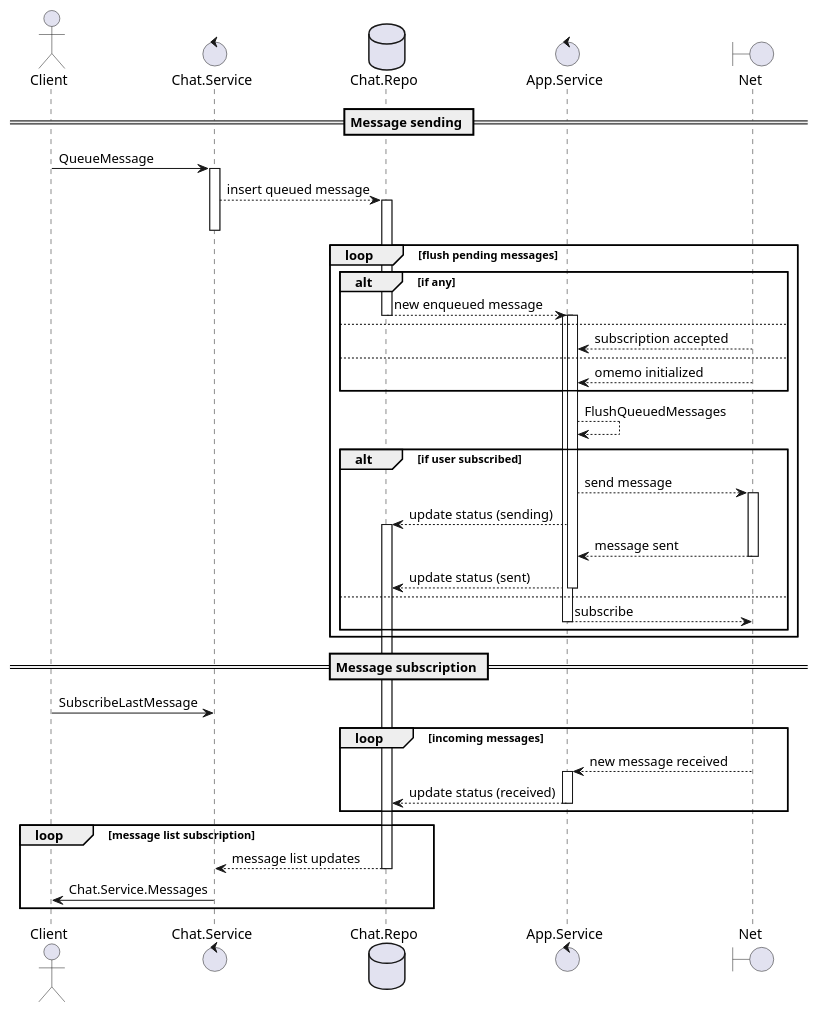
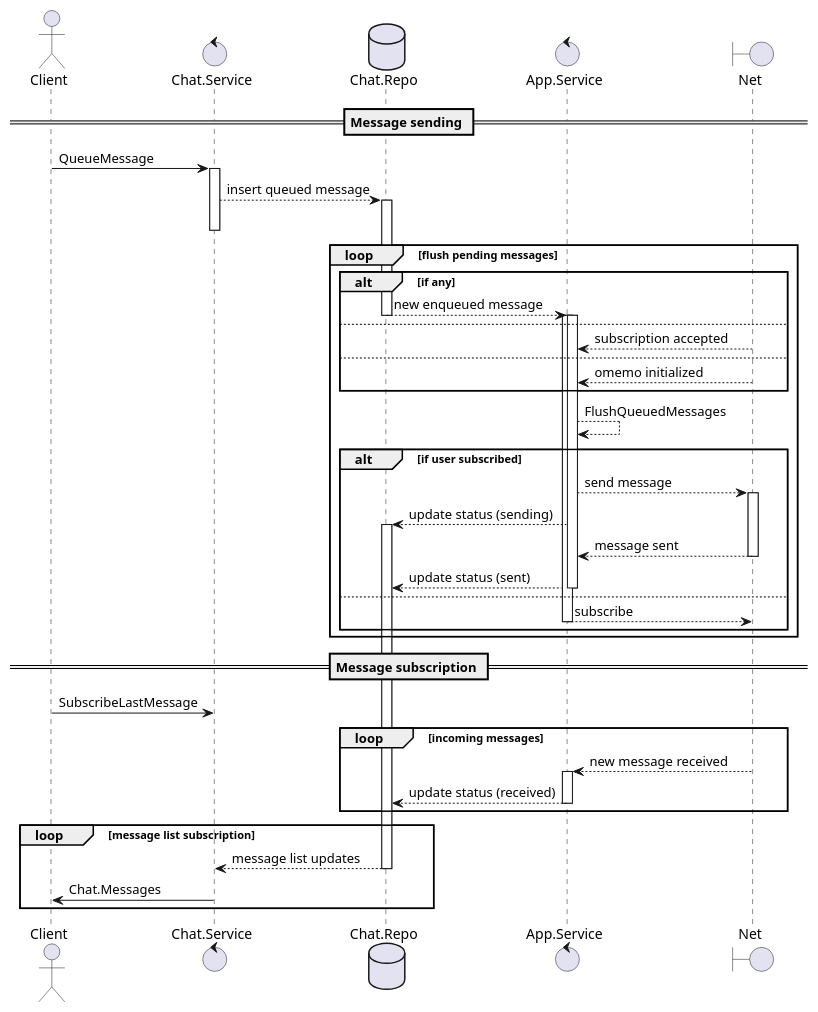
The diagram in docs/features/puml/send_message_flow.puml (cryptopunkscc/crypton), drawn with PlantUML before and after one commit. The commit also changed 331 other files, not shown here.

```diff
--- a/docs/features/puml/send_message_flow.puml
+++ b/docs/features/puml/send_message_flow.puml
@@ -1,62 +1,62 @@
 @startuml
 
 actor Client
 control Chat.Service
 database Chat.Repo
 control App.Service
 boundary Net
 
 == Message sending ==
 
 Client -> Chat.Service: QueueMessage
 activate Chat.Service
 Chat.Service --> Chat.Repo: insert queued message
 activate Chat.Repo
 deactivate Chat.Service
 loop flush pending messages
     alt if any
         Chat.Repo --> App.Service: new enqueued message
         deactivate Chat.Repo
         activate App.Service
         activate App.Service
     else
         Net -->  App.Service: subscription accepted
     else
         Net -->  App.Service: omemo initialized
     end
     App.Service --> App.Service: FlushQueuedMessages
 
     alt if user subscribed
         App.Service --> Net: send message
         activate Net
         App.Service --> Chat.Repo: update status (sending)
         activate Chat.Repo
         App.Service <-- Net: message sent
         deactivate Net
         App.Service --> Chat.Repo: update status (sent)
     else
         deactivate App.Service
         App.Service --> Net: subscribe
         deactivate App.Service
     end
 end
 
 == Message subscription ==
 
 Client -> Chat.Service: SubscribeLastMessage
 
 loop incoming messages
     App.Service <-- Net: new message received
     activate App.Service
     App.Service --> Chat.Repo: update status (received)
     deactivate App.Service
 end
 
 loop message list subscription
     activate Chat.Service
     Chat.Service <-- Chat.Repo: message list updates
     deactivate Chat.Repo
-    Client <- Chat.Service: Chat.Service.Messages
+    Client <- Chat.Service: Chat.Messages
     deactivate Chat.Service
 end
 @enduml
```
